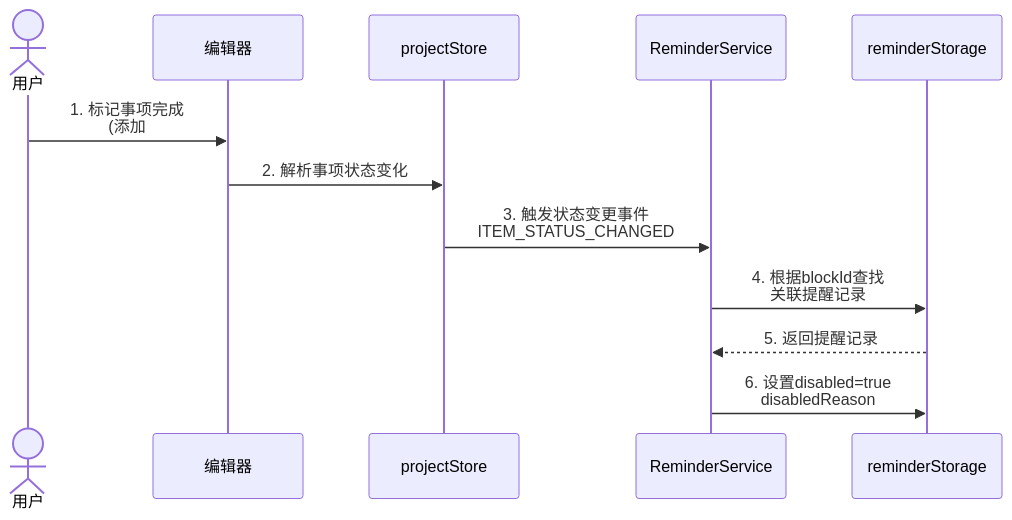
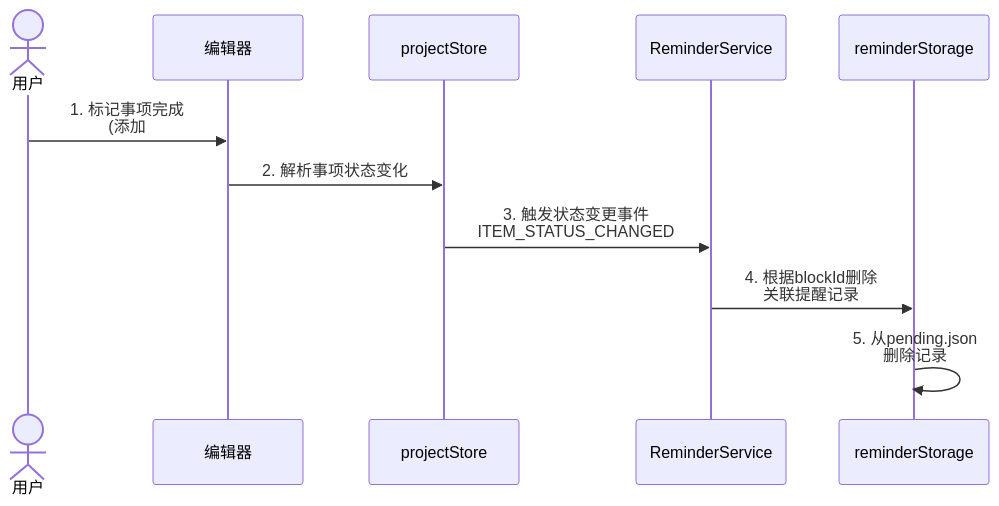
One commit to MoonBottle/siyuan-plugin-bullet-journal changed the third of 7 diagrams in docs/prd/reminder.md. Above: the diagram before and after it, drawn with Mermaid. The commit also changed other lines of this file and 2 other files, not shown here.

````diff
--- a/docs/prd/reminder.md
+++ b/docs/prd/reminder.md
@@ -183,15 +183,14 @@
 ```mermaid
 sequenceDiagram
     actor U as 用户
     participant E as 编辑器
     participant PS as projectStore
     participant RS as ReminderService
     participant ST as reminderStorage
 
     U->>E: 1. 标记事项完成<br/>(添加#已完成)
     E->>PS: 2. 解析事项状态变化
     PS->>RS: 3. 触发状态变更事件<br/>ITEM_STATUS_CHANGED
-    RS->>ST: 4. 根据blockId查找<br/>关联提醒记录
-    ST-->>RS: 5. 返回提醒记录
-    RS->>ST: 6. 设置disabled=true<br/>disabledReason
+    RS->>ST: 4. 根据blockId删除<br/>关联提醒记录
+    ST->>ST: 5. 从pending.json<br/>删除记录
 ```
````
